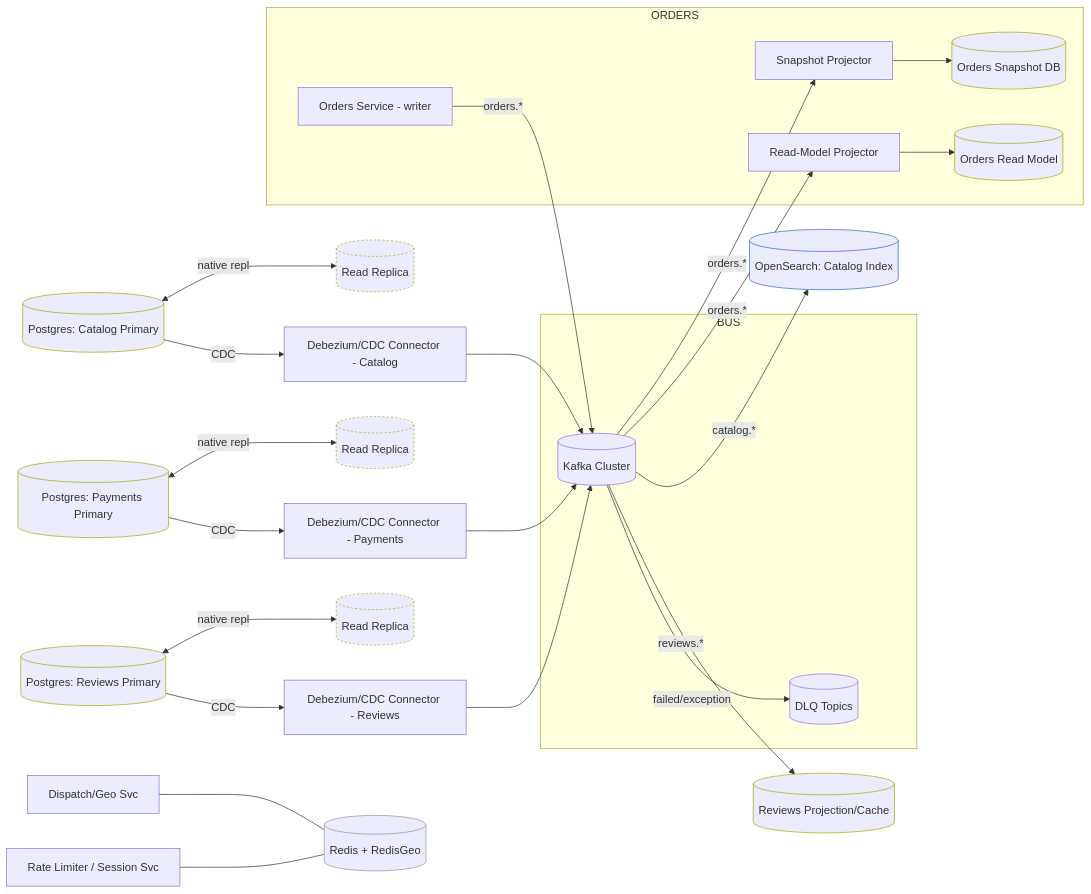
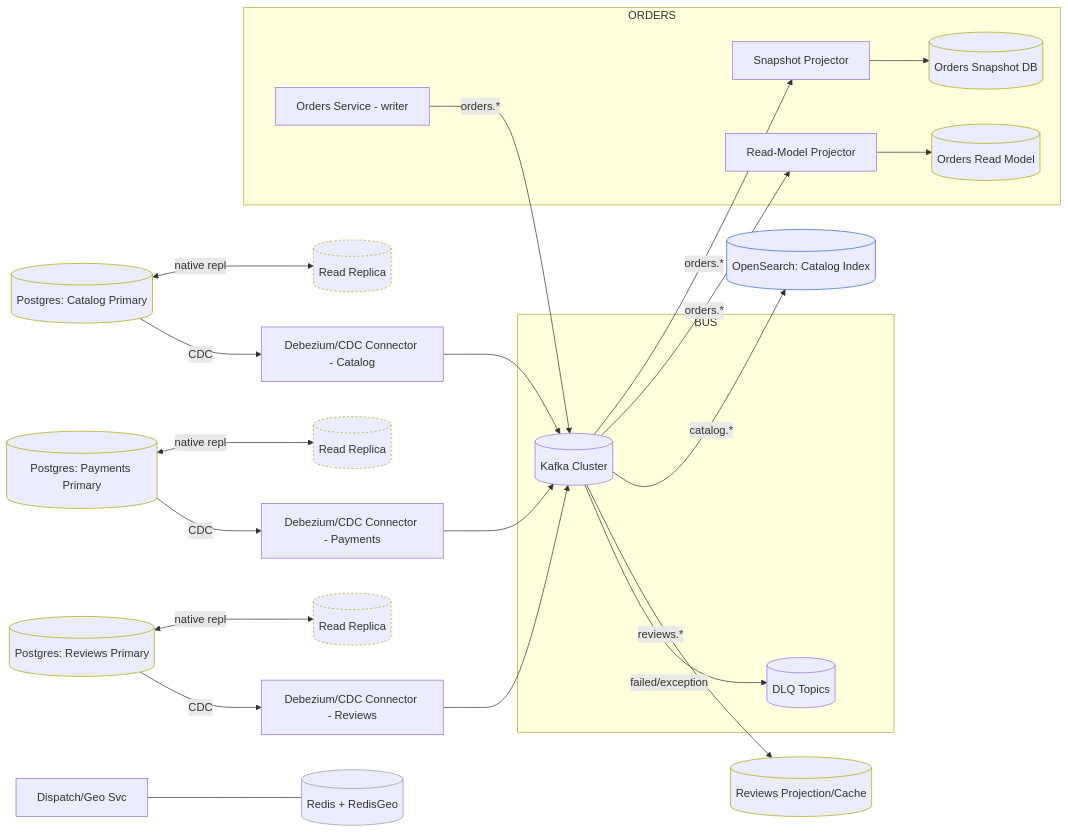
Before and after one commit to aumashankar/food-delivery-system: the fourth of 13 diagrams in docs/02-architecture.md, drawn with Mermaid.

Commit message:
Architecture - expand read replicas inline with context diagram

````diff
--- a/docs/02-architecture.md
+++ b/docs/02-architecture.md
@@ -144,69 +144,68 @@
 ```mermaid
 flowchart LR
     subgraph BUS
         K[(Kafka Cluster)]
         DLQ[(DLQ Topics)]
     end
 
 %% --- Orders event-sourcing ---
 subgraph ORDERS
 ORD_WR[Orders Service - writer]
 SNAP[(Orders Snapshot DB)]:::db
 ORD_PROJ[(Orders Read Model)]:::db
 SNAP_CONS[Snapshot Projector]
 READ_CONS[Read-Model Projector]
 end
 
 %% --- Payments/Catalog/Reviews primaries + CDC ---
 PAYDB[(Postgres: Payments Primary)]:::db
 PAYRR[(Read Replica)]:::rr
 CATDB[(Postgres: Catalog Primary)]:::db
 CATR[(Read Replica)]:::rr
 REVDB[(Postgres: Reviews Primary)]:::db
 REVRR[(Read Replica)]:::rr
 
 CDC_CAT[Debezium/CDC Connector - Catalog]
 CDC_REV[Debezium/CDC Connector - Reviews]
 CDC_PAY[Debezium/CDC Connector - Payments]
 
 OSE[(OpenSearch: Catalog Index)]:::search
 REV_PROJ[(Reviews Projection/Cache)]:::db
 
 %% --- Redis usage ---
 REDIS[(Redis + RedisGeo)]:::cache
 DISPATCH[Dispatch/Geo Svc]
-RATE[Rate Limiter / Session Svc]
+
 
 %% --- Producers ---
 ORD_WR -- orders.* --> K
 
 %% --- Consumers / Projectors ---
 K -- orders.* --> SNAP_CONS --> SNAP
 K -- orders.* --> READ_CONS --> ORD_PROJ
 
 %% --- CDC to Kafka ---
 CATDB <-- native repl --> CATR
 REVDB <-- native repl --> REVRR
 PAYDB <-- native repl --> PAYRR
 
 CATDB -- CDC --> CDC_CAT --> K
 REVDB -- CDC --> CDC_REV --> K
 PAYDB -- CDC --> CDC_PAY --> K
 
 %% --- Downstream projections from Kafka ---
 K -- catalog.* --> OSE
 K -- reviews.* --> REV_PROJ
 
 %% --- Redis consumers ---
 DISPATCH --- REDIS
-RATE --- REDIS
 
 %% --- Error path ---
 K -- failed/exception --> DLQ
 
 classDef db stroke:#aa0;
 classDef rr stroke:#aa0,stroke-dasharray: 3 3;
 classDef search stroke:#36c;
 classDef cache stroke:#999;
 
 ```
````
